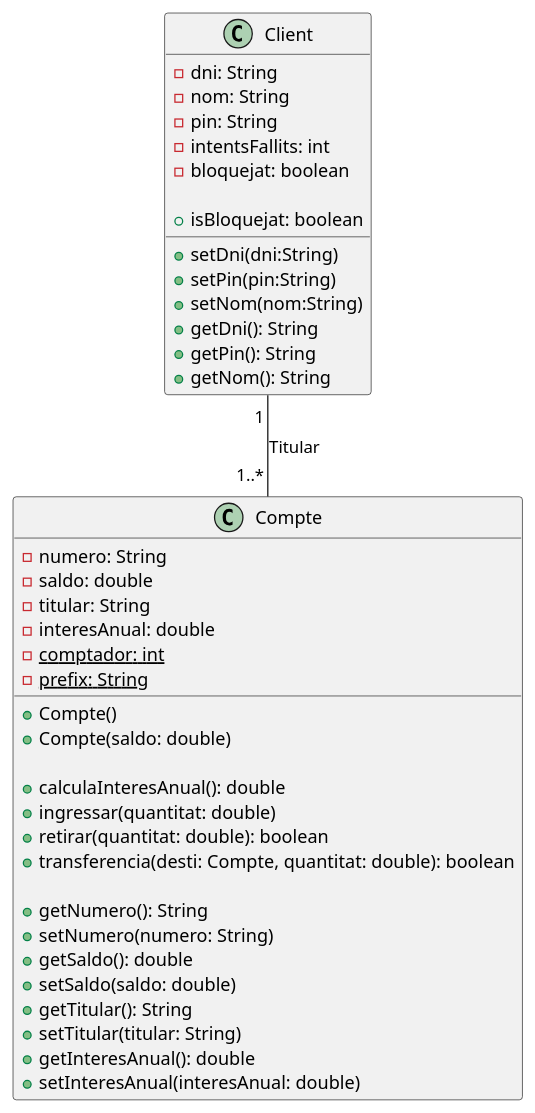
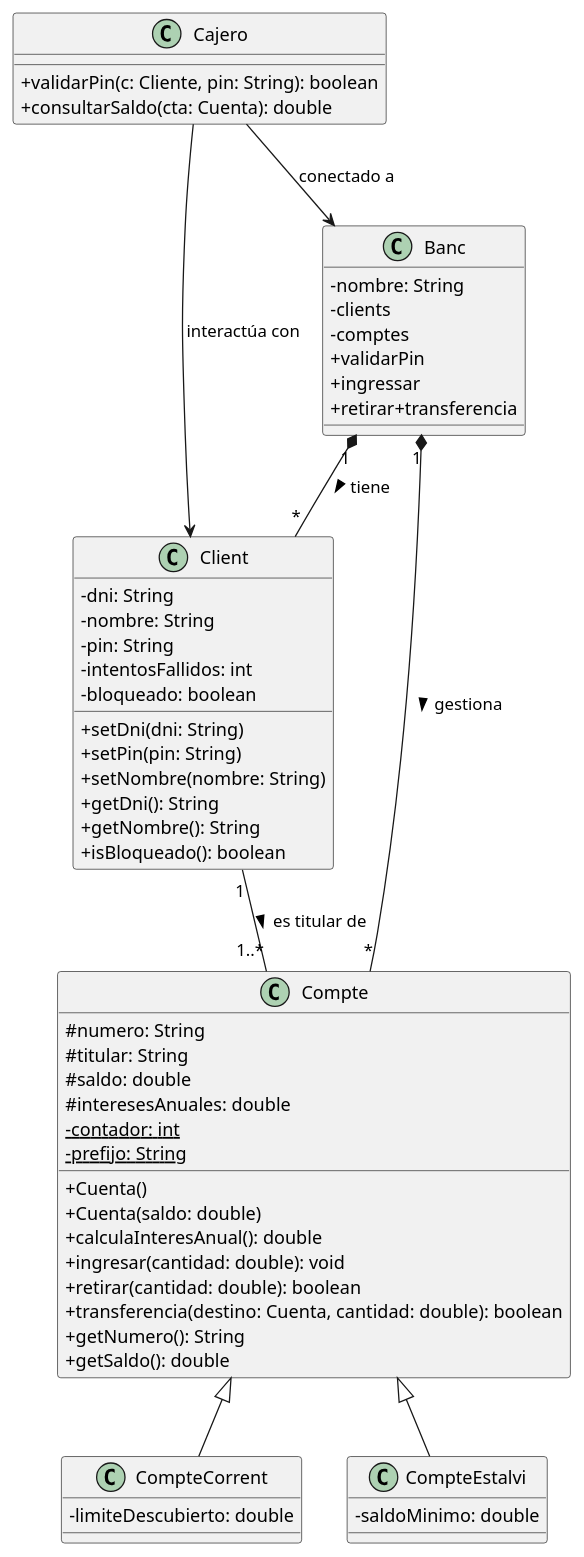
Before and after one commit to sebastiangerardino/ATM: the diagram in ATM/UML/classes.puml, drawn with PlantUML. The commit also changed 5 other files, not shown here.

Commit message:
Falta cuadro plantUML

```diff
--- a/ATM/UML/classes.puml
+++ b/ATM/UML/classes.puml
@@ -1,48 +1,69 @@
 @startuml
+skinparam classAttributeIconSize 0
+
 class Client {
     - dni: String
-    - nom: String
+    - nombre: String
     - pin: String
-    - intentsFallits: int
-    - bloquejat: boolean
+    - intentosFallidos: int
+    - bloqueado: boolean
 
-    + setDni(dni:String)
-    + setPin(pin:String)
-    + setNom(nom:String)
+    + setDni(dni: String)
+    + setPin(pin: String)
+    + setNombre(nombre: String)
     + getDni(): String
-    + getPin(): String
-    + getNom(): String
-    + isBloquejat: boolean
-
+    + getNombre(): String
+    + isBloqueado(): boolean
 }
 
-class Compte {
-    - numero: String
-    - saldo: double
-    - titular: String
-    - interesAnual: double
-    {static} - comptador: int
-    {static} - prefix: String
+class Compte{
+    # numero: String
+    # titular: String
+    # saldo: double
+    # interesesAnuales: double
+    {static} - contador: int
+    {static} - prefijo: String
 
-    + Compte()
-    + Compte(saldo: double)
-
+    + Cuenta()
+    + Cuenta(saldo: double)
     + calculaInteresAnual(): double
-    + ingressar(quantitat: double)
-    + retirar(quantitat: double): boolean
-    + transferencia(desti: Compte, quantitat: double): boolean
-
+    + ingresar(cantidad: double): void
+    + retirar(cantidad: double): boolean
+    + transferencia(destino: Cuenta, cantidad: double): boolean
     + getNumero(): String
-    + setNumero(numero: String)
     + getSaldo(): double
-    + setSaldo(saldo: double)
-    + getTitular(): String
-    + setTitular(titular: String)
-    + getInteresAnual(): double
-    + setInteresAnual(interesAnual: double)
-
 }
 
-Client "1 " -- "1..* " Compte : Titular
+class Banc {
+    - nombre: String
+    -clients
+    -comptes
+    +validarPin
+    +ingressar
+    +retirar+transferencia
+}
+
+class CompteCorrent {
+    - limiteDescubierto: double
+}
+
+class CompteEstalvi {
+    - saldoMinimo: double
+}
+
+class Cajero {
+    + validarPin(c: Cliente, pin: String): boolean
+    + consultarSaldo(cta: Cuenta): double
+}
+
+
+Client "1" -- "1..*" Compte : es titular de >
+Banc "1" *-- "*" Client : tiene >
+Banc "1" *-- "*" Compte : gestiona >
+Cajero --> Banc : conectado a
+Cajero --> Client : interactúa con
+
+Compte <|-- CompteCorrent
+Compte <|-- CompteEstalvi
 
 @enduml
```
